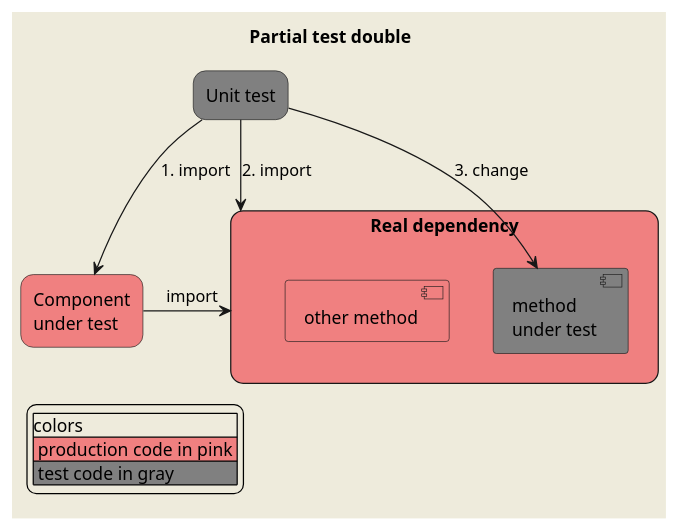
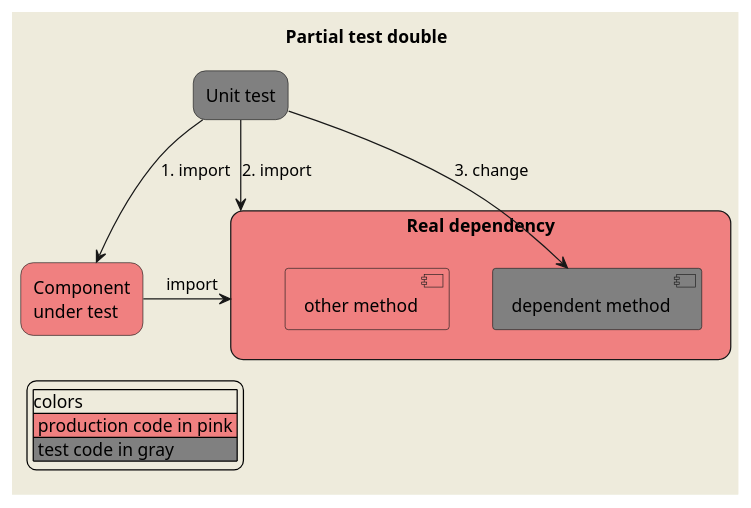
Before and after one commit to JulienRobberechts/nodejs-test-double-guide: the diagram in _schemas/test-double-partial.puml, drawn with PlantUML. The commit also changed 5 other files, not shown here.

Commit message:
update diagrams

```diff
--- a/_schemas/test-double-partial.puml
+++ b/_schemas/test-double-partial.puml
@@ -2,32 +2,32 @@
 @startuml
 skinparam backgroundColor #EEEBDC
 
 title
   Partial test double
 end title
 
 skinparam rectangle {
     roundCorner 20
 }
 
 rectangle "Unit test" as UnitTest #gray
 
 rectangle "Component\nunder test" as cut #LightCoral
 
 rectangle "Real dependency" as RealDependency #LightCoral {
-  component "method\nunder test" as RealDependencyMut #gray
+  component "dependent method" as RealDependencyMut #gray
   component "other method" as RealDependencyOtherMethod #LightCoral
 }
 
+cut -> RealDependency: import
 UnitTest --> cut: 1. import
-UnitTest --> RealDependency: 2. import
-cut -> RealDependency: import
+UnitTest -> RealDependency: 2. import
 UnitTest -> RealDependencyMut: 3. change
 
 legend left
 |colors|
 |<#LightCoral> production code in pink |
 |<#gray> test code in gray |
 endlegend
 
 @enduml
```
